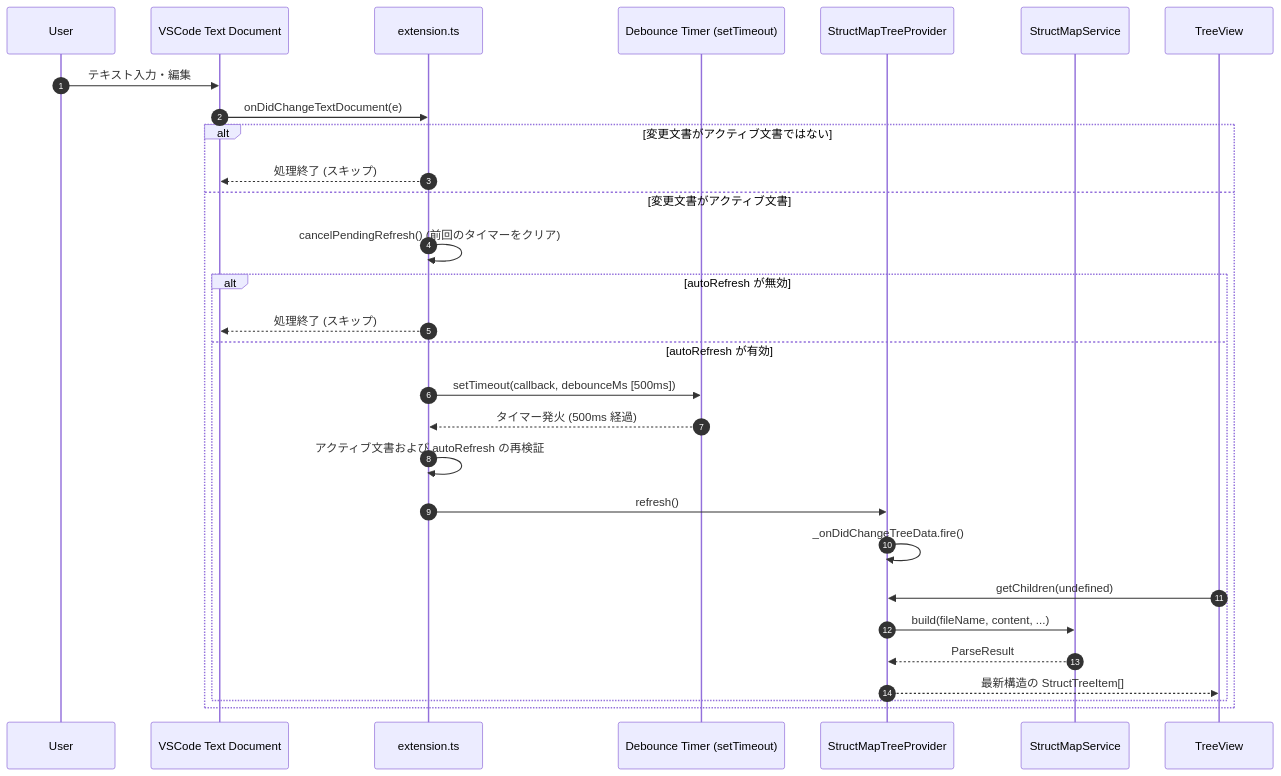
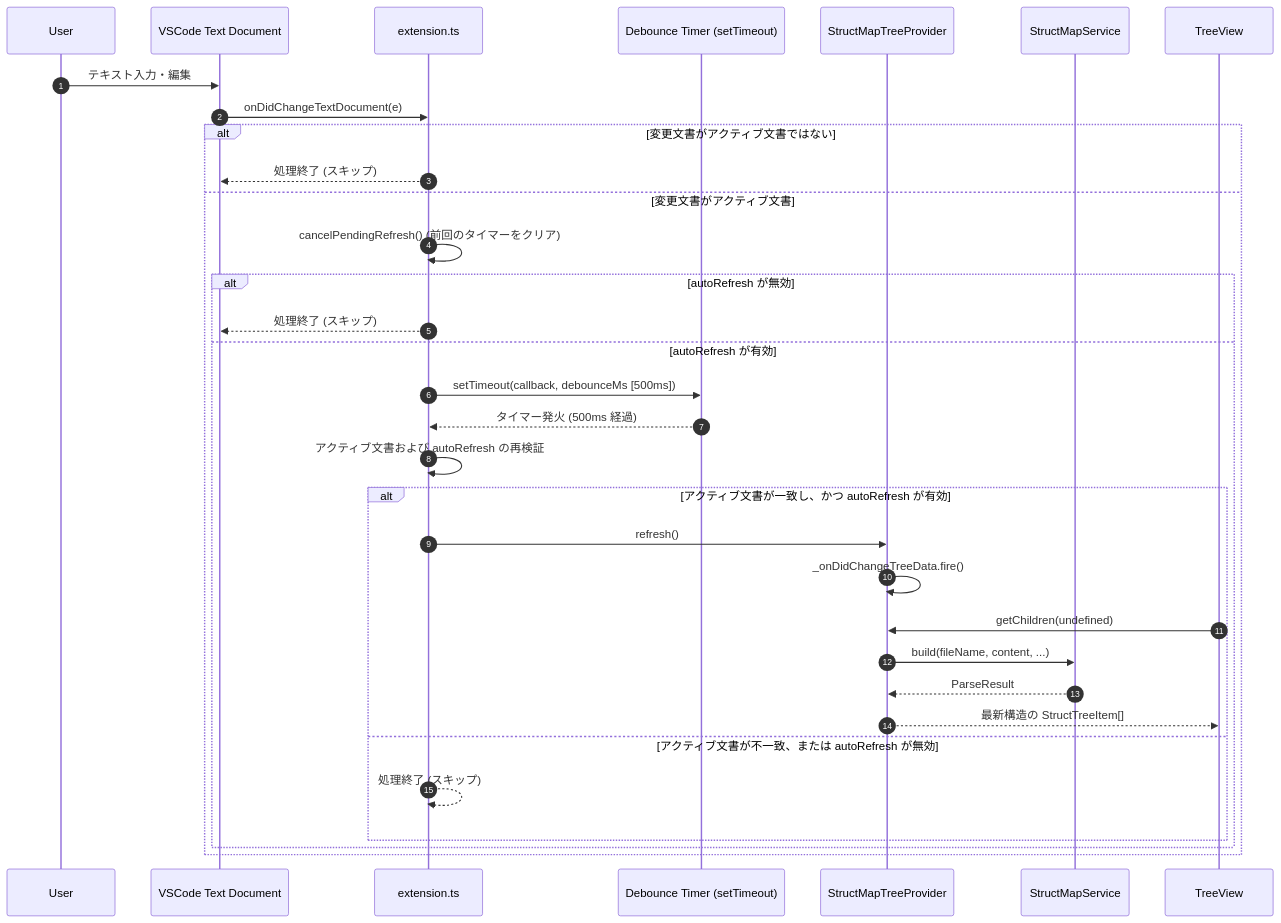
One commit to masanori-satake/StructMap-Solo changed the third of 6 diagrams in docs/DATA_FLOW_AND_EVENTS.md. Above: the diagram before and after it, drawn with Mermaid. The commit also changed 1 other file, not shown here.

Commit message:
docs: 自動更新の実行条件と配列の範囲ノード化の説明を実装に合わせて修正する

````diff
--- a/docs/DATA_FLOW_AND_EVENTS.md
+++ b/docs/DATA_FLOW_AND_EVENTS.md
@@ -113,32 +113,36 @@
 ```mermaid
 sequenceDiagram
     autonumber
     participant U as User
     participant VS as VSCode Text Document
     participant Ext as extension.ts
     participant Timer as Debounce Timer (setTimeout)
     participant TP as StructMapTreeProvider
     participant Svc as StructMapService
     participant TV as TreeView
 
     U->>VS: テキスト入力・編集
     VS->>Ext: onDidChangeTextDocument(e)
     alt 変更文書がアクティブ文書ではない
         Ext-->>VS: 処理終了 (スキップ)
     else 変更文書がアクティブ文書
         Ext->>Ext: cancelPendingRefresh() (前回のタイマーをクリア)
         alt autoRefresh が無効
             Ext-->>VS: 処理終了 (スキップ)
         else autoRefresh が有効
             Ext->>Timer: setTimeout(callback, debounceMs [500ms])
             Timer-->>Ext: タイマー発火 (500ms 経過)
             Ext->>Ext: アクティブ文書および autoRefresh の再検証
-            Ext->>TP: refresh()
-            TP->>TP: _onDidChangeTreeData.fire()
-            TV->>TP: getChildren(undefined)
-            TP->>Svc: build(fileName, content, ...)
-            Svc-->>TP: ParseResult
-            TP-->>TV: 最新構造の StructTreeItem[]
+            alt アクティブ文書が一致し、かつ autoRefresh が有効
+                Ext->>TP: refresh()
+                TP->>TP: _onDidChangeTreeData.fire()
+                TV->>TP: getChildren(undefined)
+                TP->>Svc: build(fileName, content, ...)
+                Svc-->>TP: ParseResult
+                TP-->>TV: 最新構造の StructTreeItem[]
+            else アクティブ文書が不一致、または autoRefresh が無効
+                Ext-->>Ext: 処理終了 (スキップ)
+            end
         end
     end
 ```
````
